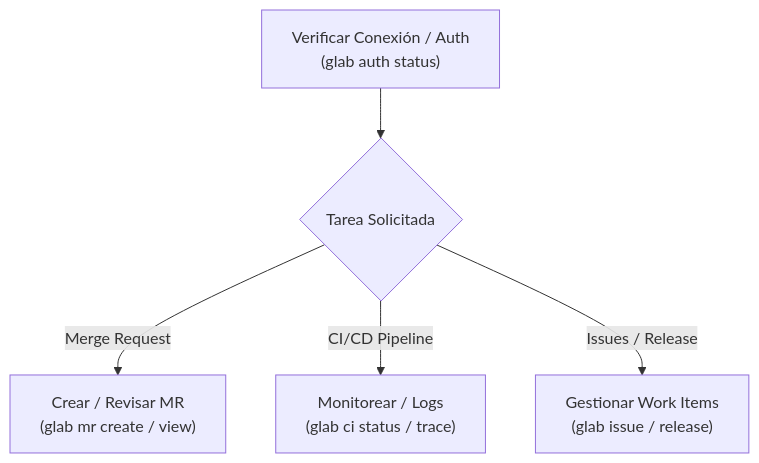
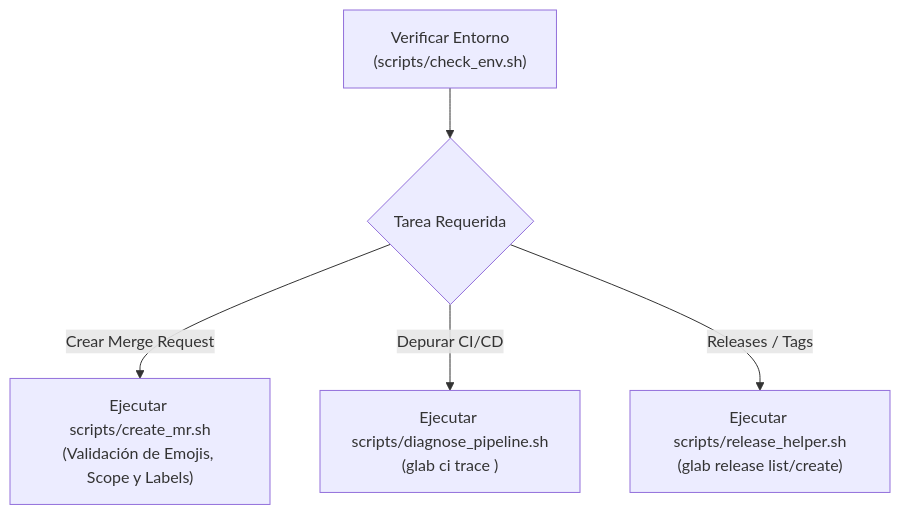
Before and after one commit to bryanus1/agent-skills: the diagram in skills/gitlab/glab-cli/SKILL.md, drawn with Mermaid. The commit also changed other lines of this file and 6 other files, not shown here.

Commit message:
feat(gitlab): upgrade glab-cli to tool-assisted skill with scripts and strict standards

````diff
--- a/skills/gitlab/glab-cli/SKILL.md
+++ b/skills/gitlab/glab-cli/SKILL.md
@@ -35,7 +35,7 @@
 ```mermaid
 flowchart TD
-    A["Verificar Conexión / Auth\n(glab auth status)"] --> B{"Tarea Solicitada"}
-    B -->|"Merge Request"| C["Crear / Revisar MR\n(glab mr create / view)"]
-    B -->|"CI/CD Pipeline"| D["Monitorear / Logs\n(glab ci status / trace)"]
-    B -->|"Issues / Release"| E["Gestionar Work Items\n(glab issue / release)"]
+    A["Verificar Entorno\n(scripts/check_env.sh)"] --> B{"Tarea Requerida"}
+    B -->|"Crear Merge Request"| C["Ejecutar scripts/create_mr.sh\n(Validación de Emojis, Scope y Labels)"]
+    B -->|"Depurar CI/CD"| D["Ejecutar scripts/diagnose_pipeline.sh\n(glab ci trace <job>)"]
+    B -->|"Releases / Tags"| E["Ejecutar scripts/release_helper.sh\n(glab release list/create)"]
 ```
````
